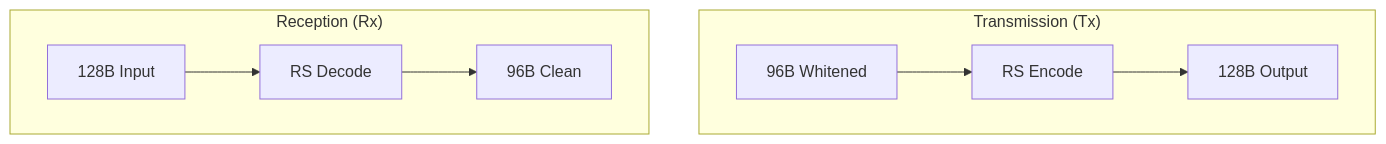
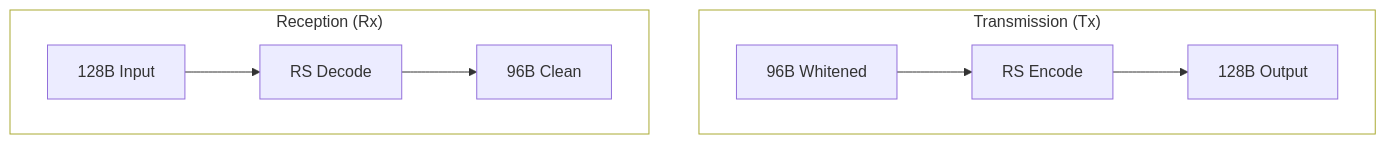
The diagram in src/docs/content/docs/rfc/data-link/03-error-correction.mdx (qshosfw/hermes), drawn with Mermaid before and after one commit. The commit also changed 29 other files, not shown here.

````diff
--- a/src/docs/content/docs/rfc/data-link/03-error-correction.mdx
+++ b/src/docs/content/docs/rfc/data-link/03-error-correction.mdx
@@ -41,12 +41,13 @@
 ```mermaid
+%%{init: {'themeVariables': {'clusterBkg': 'transparent'}}}%%
 graph TD
     subgraph "Transmission (Tx)"
     T1[96B Whitened] --> T2[RS Encode]
     T2 --> T3[128B Output]
     end
 
     subgraph "Reception (Rx)"
     R1[128B Input] --> R2[RS Decode]
     R2 --> R3[96B Clean]
     end
 ```
````
